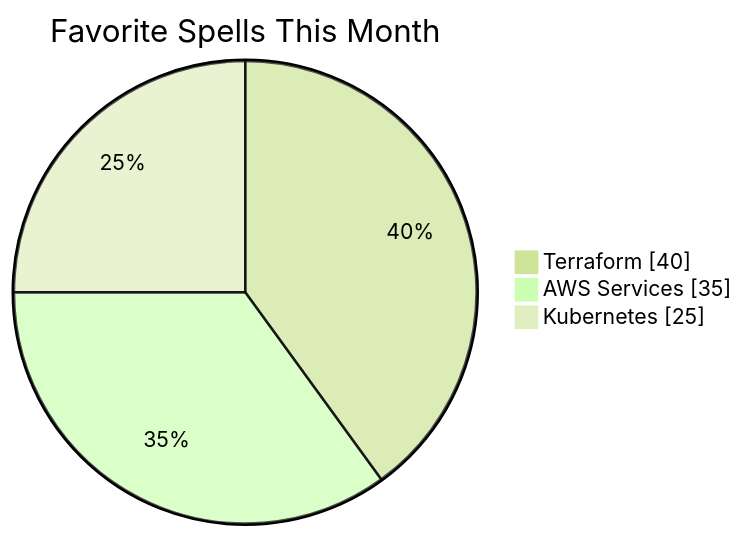
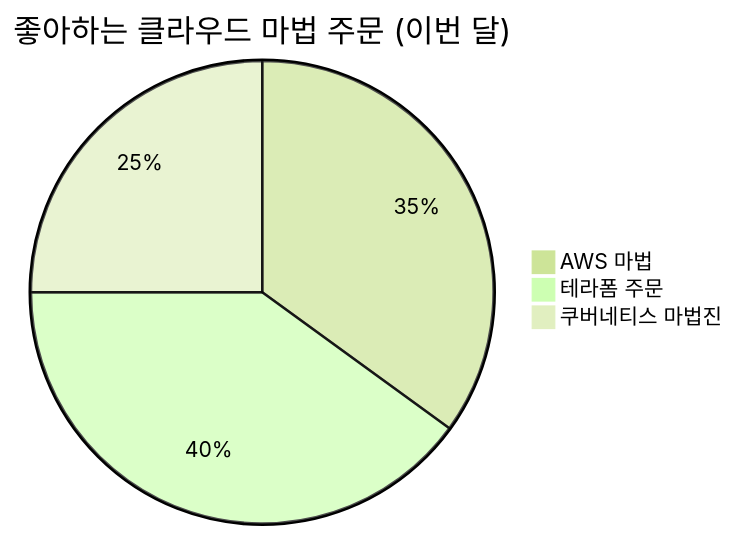
Before and after one commit to shashax42/shashax42: the diagram in README.md, drawn with Mermaid (forest theme). The commit also changed other lines of this file, not shown here.

Commit message:
AWS + 해리포터 + 디즈니 공주 + 홀로그램 테마로 GitHub 프로필 전면 개편

````diff
--- a/README.md
+++ b/README.md
@@ -46,7 +82,6 @@
 ```mermaid
-pie showData
-    title Favorite Spells This Month
-    "Terraform": 40
-    "AWS Services": 35
-    "Kubernetes": 25
+pie title 좋아하는 클라우드 마법 주문 (이번 달)
+    "AWS 마법" : 35
+    "테라폼 주문" : 40
+    "쿠버네티스 마법진" : 25
 ```
````
